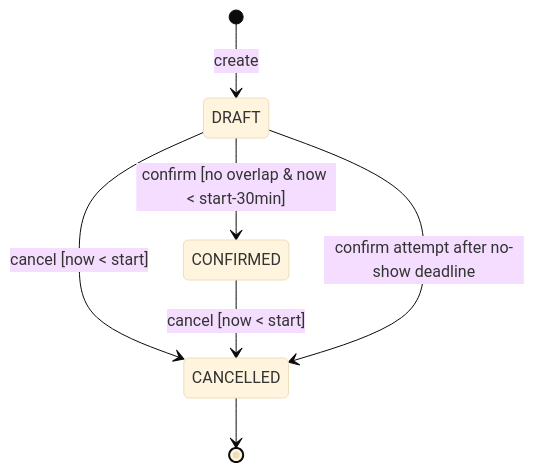
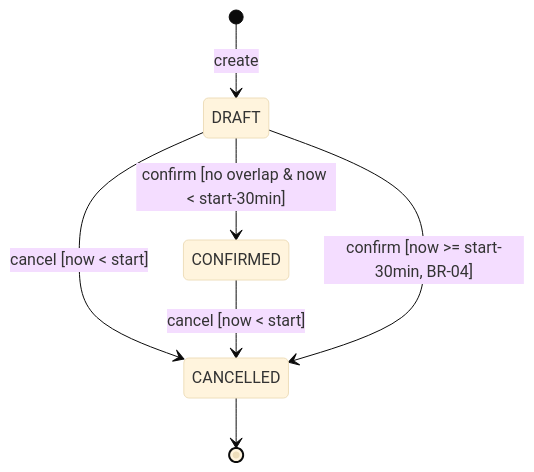
One commit to jaroslavpetera/swi_project changed the first of 2 diagrams in docs/diagrams/state-diagram.md. Above: the diagram before and after it, drawn with Mermaid (base theme). The commit also changed other lines of this file and 25 other files, not shown here.

````diff
--- a/docs/diagrams/state-diagram.md
+++ b/docs/diagrams/state-diagram.md
@@ -9,9 +9,9 @@
 ```mermaid
 stateDiagram-v2
     [*] --> DRAFT: create
     DRAFT --> CONFIRMED: confirm [no overlap & now < start-30min]
     DRAFT --> CANCELLED: cancel [now < start]
     CONFIRMED --> CANCELLED: cancel [now < start]
-    DRAFT --> CANCELLED: confirm attempt after no-show deadline
+    DRAFT --> CANCELLED: confirm [now >= start-30min, BR-04]
     CANCELLED --> [*]
 ```
````
